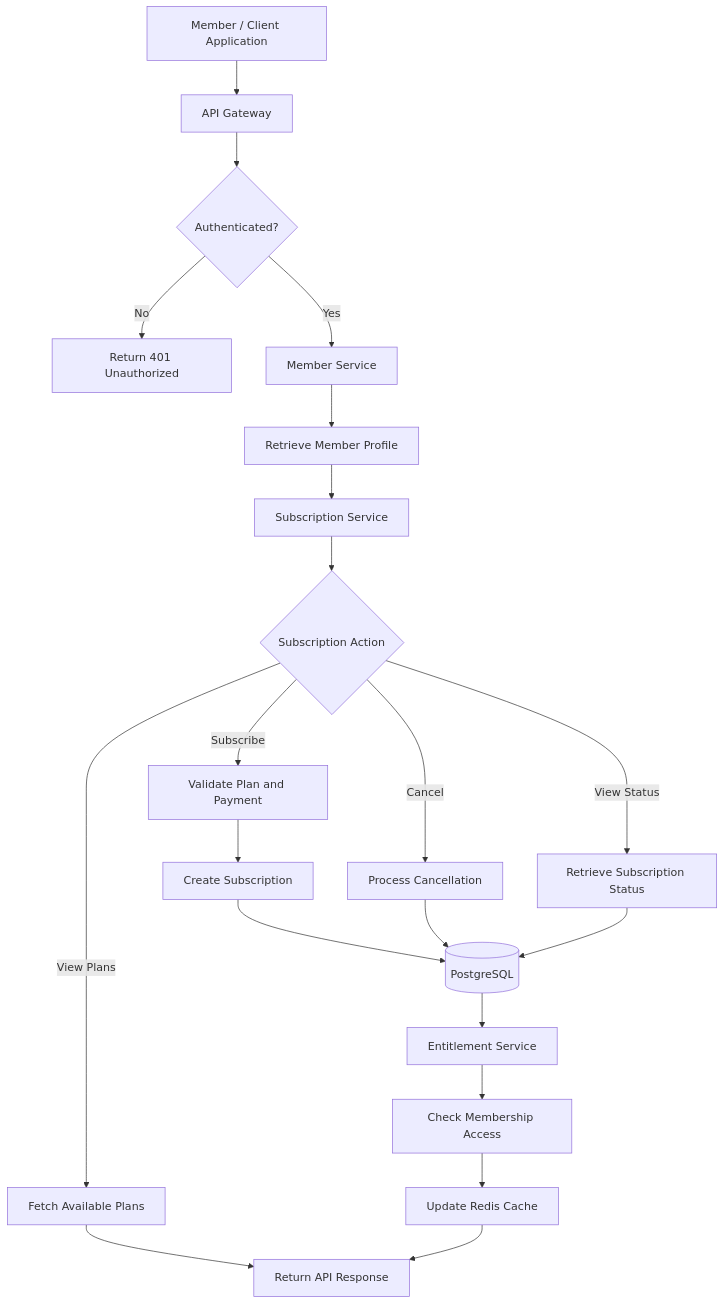
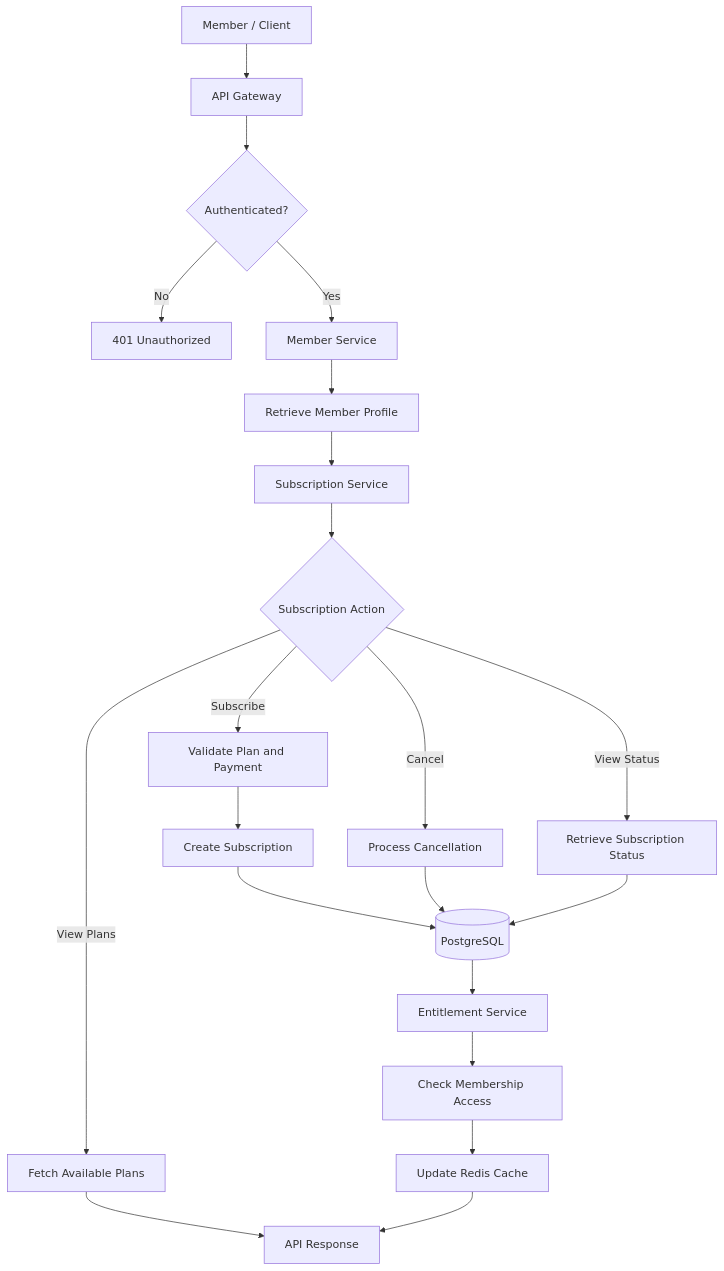
One commit to varunkarkera/netflix-member-commerce-api-design changed the second of 2 diagrams in docs/api-design.md. Above: the diagram before and after it, drawn with Mermaid. The commit also changed other lines of this file, not shown here.

Commit message:
Complete Netflix API design challenge

````diff
--- a/docs/api-design.md
+++ b/docs/api-design.md
@@ -74,29 +40,23 @@
 ```mermaid
 flowchart TD
-    A["Member / Client Application"] --> B["API Gateway"]
+    A["Member / Client"] --> B["API Gateway"]
     B --> C{"Authenticated?"}
-
-    C -->|No| D["Return 401 Unauthorized"]
+    C -->|No| D["401 Unauthorized"]
     C -->|Yes| E["Member Service"]
-
     E --> F["Retrieve Member Profile"]
     F --> G["Subscription Service"]
-
     G --> H{"Subscription Action"}
-
     H -->|View Plans| I["Fetch Available Plans"]
     H -->|Subscribe| J["Validate Plan and Payment"]
     H -->|Cancel| K["Process Cancellation"]
     H -->|View Status| L["Retrieve Subscription Status"]
-
     J --> M["Create Subscription"]
     M --> N[("PostgreSQL")]
     K --> N
     L --> N
-
-    I --> O["Return API Response"]
-    N --> P["Entitlement Service"]
-    P --> Q["Check Membership Access"]
-    Q --> R["Update Redis Cache"]
-    R --> O
+    N --> O["Entitlement Service"]
+    O --> P["Check Membership Access"]
+    P --> Q["Update Redis Cache"]
+    I --> R["API Response"]
+    Q --> R
 ```
````
